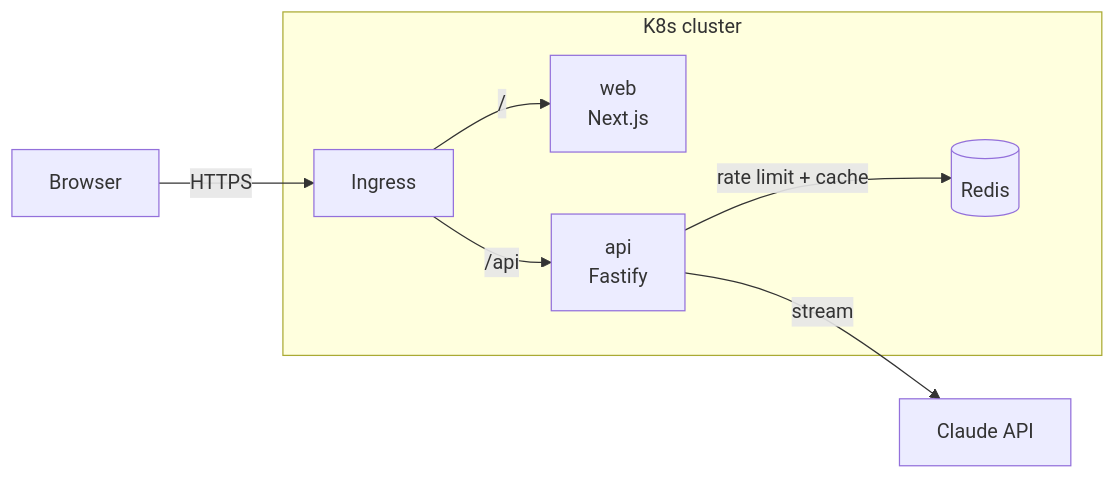
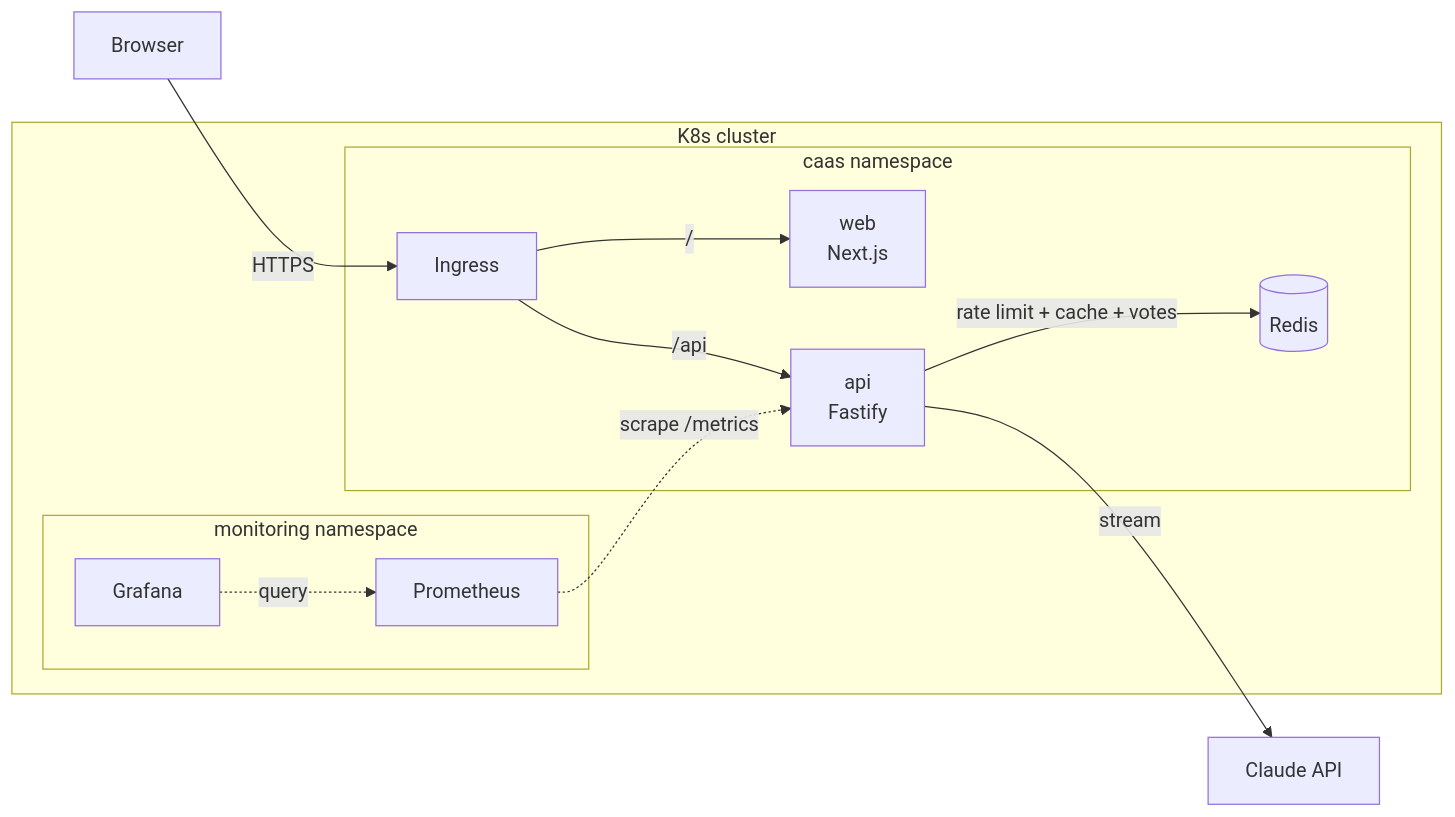
The diagram in README.md (ayooo1/closure-as-a-service), drawn with Mermaid before and after one commit. The commit also changed other lines of this file, not shown here.

Commit message:
Update the README for metrics, monitoring and releases

````diff
--- a/README.md
+++ b/README.md
@@ -35,14 +40,22 @@
 ```mermaid
 flowchart LR
     U[Browser] -->|HTTPS| I[Ingress]
     I -->|/| W[web<br/>Next.js]
     I -->|/api| A[api<br/>Fastify]
-    A -->|rate limit + cache| R[(Redis)]
+    A -->|rate limit + cache + votes| R[(Redis)]
     A -->|stream| O[Claude API]
+    P[Prometheus] -.->|scrape /metrics| A
+    G[Grafana] -.->|query| P
     subgraph K8s cluster
-      I
-      W
-      A
-      R
+      subgraph caas namespace
+        I
+        W
+        A
+        R
+      end
+      subgraph monitoring namespace
+        P
+        G
+      end
     end
 ```
````
